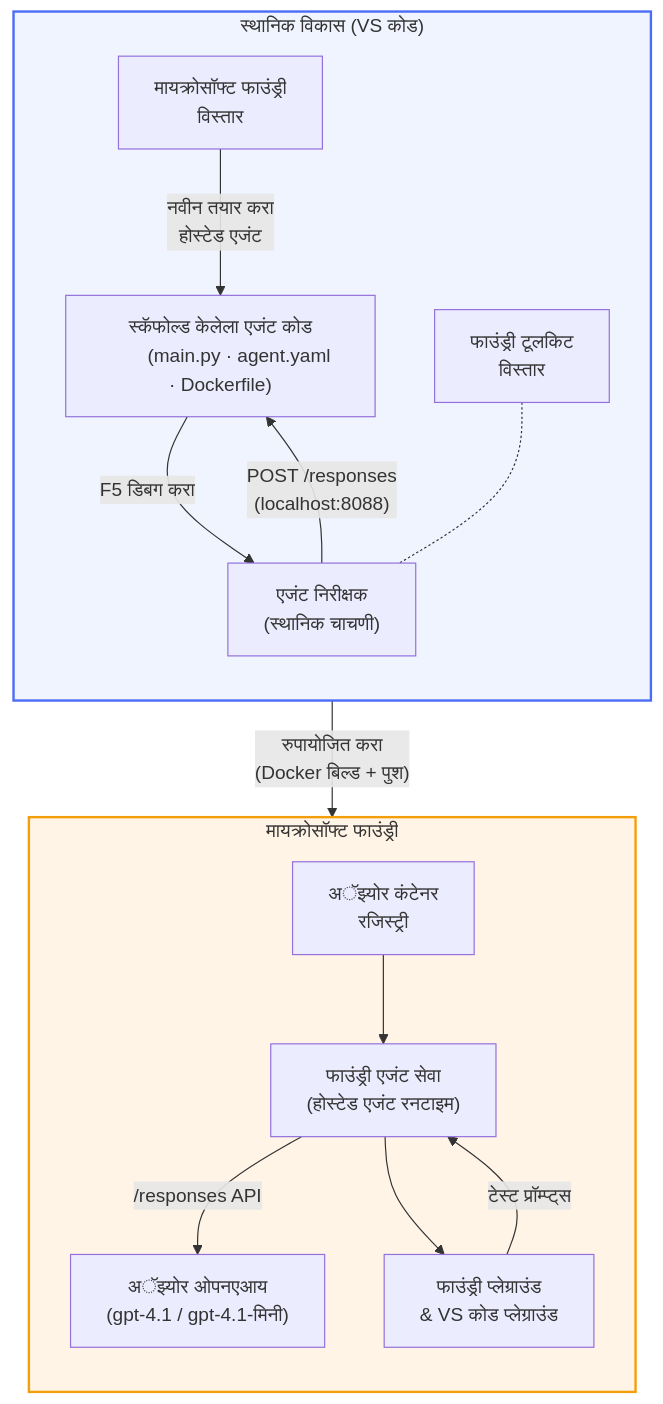
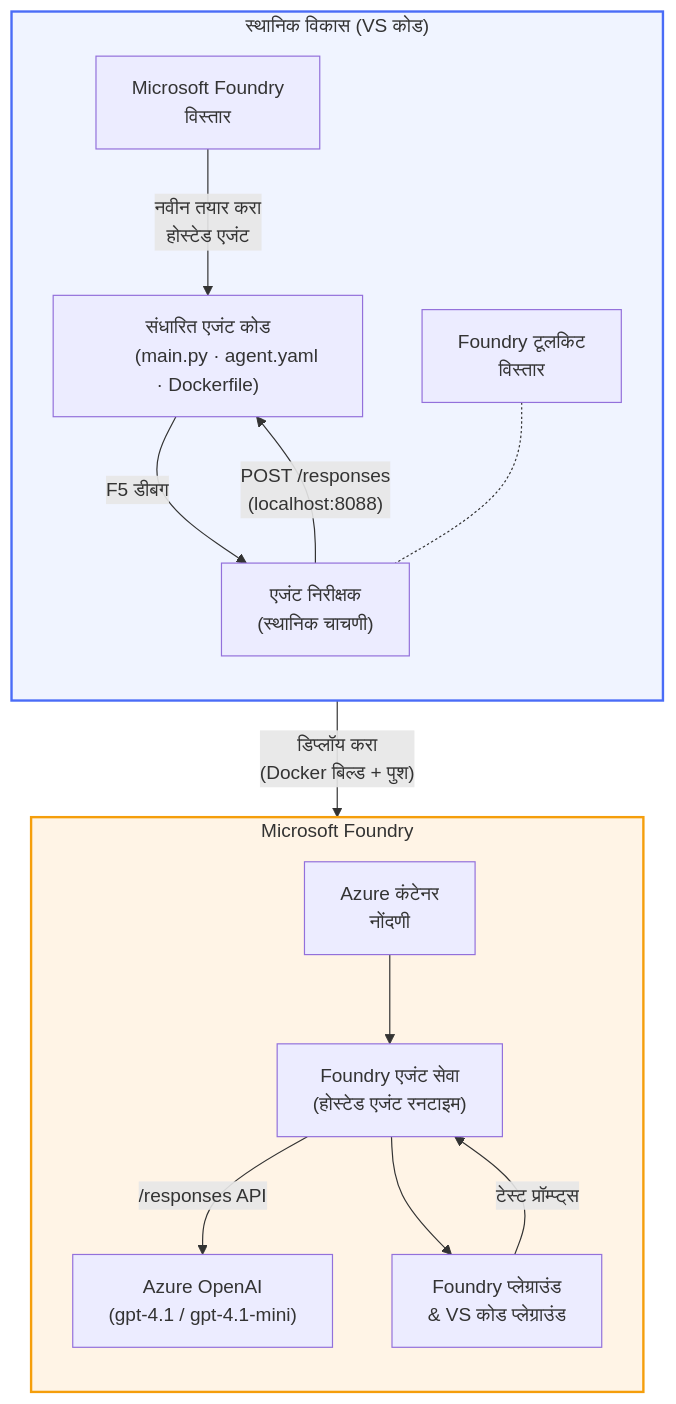
One commit to microsoft-foundry/Foundry_Toolkit_for_VSCode_Lab changed the diagram in translations/mr/README.md. Above: the diagram before and after it, drawn with Mermaid. The commit also changed other lines of this file and 110 other files, not shown here.

````diff
--- a/translations/mr/README.md
+++ b/translations/mr/README.md
@@ -48,42 +52,42 @@
 ```mermaid
 flowchart TB
     subgraph Local["स्थानिक विकास (VS कोड)"]
         direction TB
-        FE["मायक्रोसॉफ्ट फाउंड्री
+        FE["Microsoft Foundry
         विस्तार"]
-        FoundryToolkit["फाउंड्री टूलकिट
+        FoundryToolkit["Foundry टूलकिट
         विस्तार"]
-        Scaffold["स्कॅफोल्ड केलेला एजंट कोड
+        Scaffold["संधारित एजंट कोड
         (main.py · agent.yaml · Dockerfile)"]
         Inspector["एजंट निरीक्षक
         (स्थानिक चाचणी)"]
         FE -- "नवीन तयार करा
         होस्टेड एजंट" --> Scaffold
-        Scaffold -- "F5 डिबग करा" --> Inspector
+        Scaffold -- "F5 डीबग" --> Inspector
         FoundryToolkit -.- Inspector
     end
 
-    subgraph Cloud["मायक्रोसॉफ्ट फाउंड्री"]
+    subgraph Cloud["Microsoft Foundry"]
         direction TB
-        ACR["अॅझ्योर कंटेनर
-        रजिस्ट्री"]
-        AgentService["फाउंड्री एजंट सेवा
+        ACR["Azure कंटेनर
+        नोंदणी"]
+        AgentService["Foundry एजंट सेवा
         (होस्टेड एजंट रनटाइम)"]
-        Model["अॅझ्योर ओपनएआय
-        (gpt-4.1 / gpt-4.1-मिनी)"]
-        Playground["फाउंड्री प्लेग्राउंड
+        Model["Azure OpenAI
+        (gpt-4.1 / gpt-4.1-mini)"]
+        Playground["Foundry प्लेग्राउंड
         & VS कोड प्लेग्राउंड"]
         ACR --> AgentService
         AgentService -- "/responses API" --> Model
         AgentService --> Playground
     end
 
-    Scaffold -- "रुपायोजित करा
+    Scaffold -- "डिप्लॉय करा
     (Docker बिल्ड + पुश)" --> ACR
     Inspector -- "POST /responses
     (localhost:8088)" --> Scaffold
     Playground -- "टेस्ट प्रॉम्प्ट्स" --> AgentService
 
     style Local fill:#f0f4ff,stroke:#4a6cf7,stroke-width:2px
     style Cloud fill:#fff4e6,stroke:#f59e0b,stroke-width:2px
-```  
+```
````
